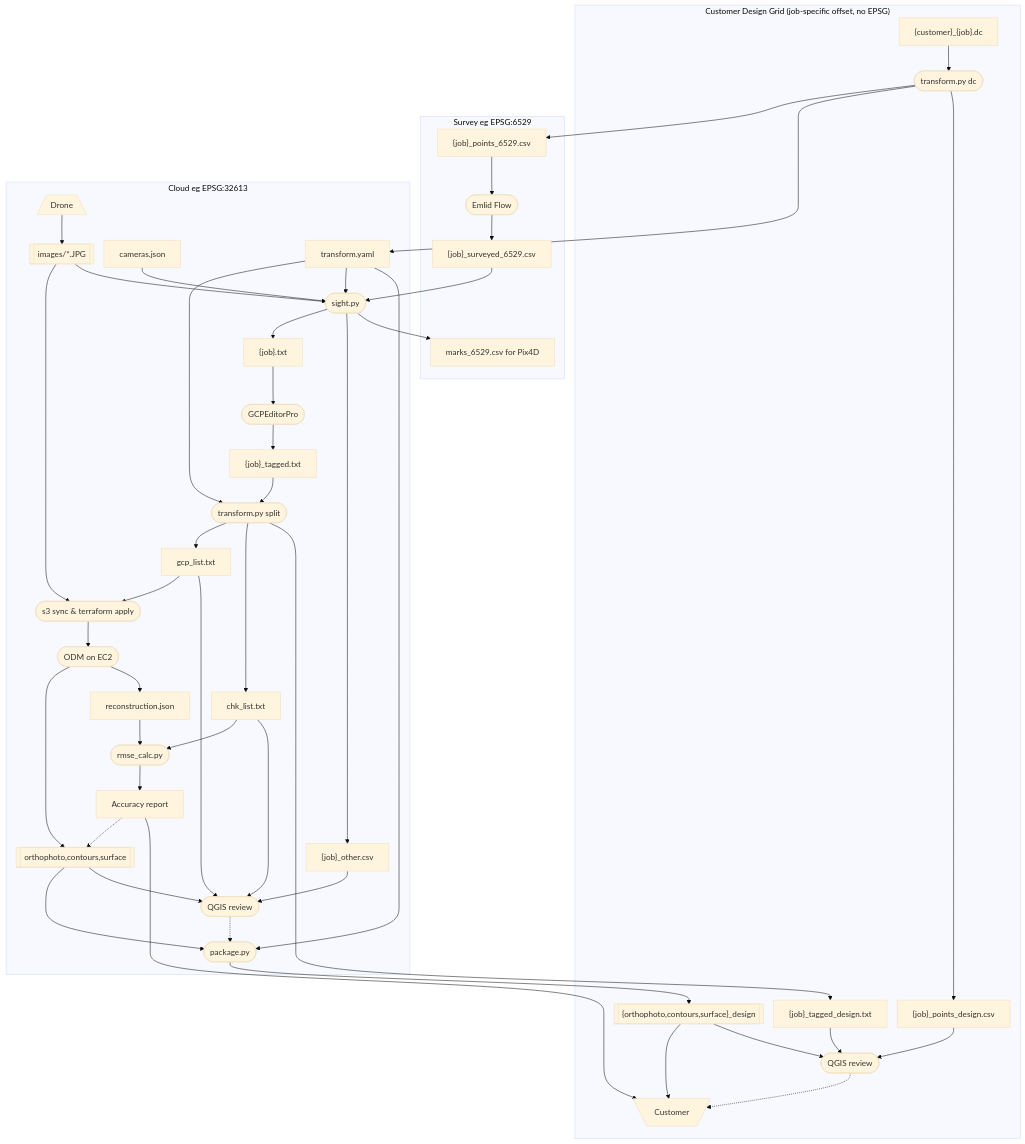
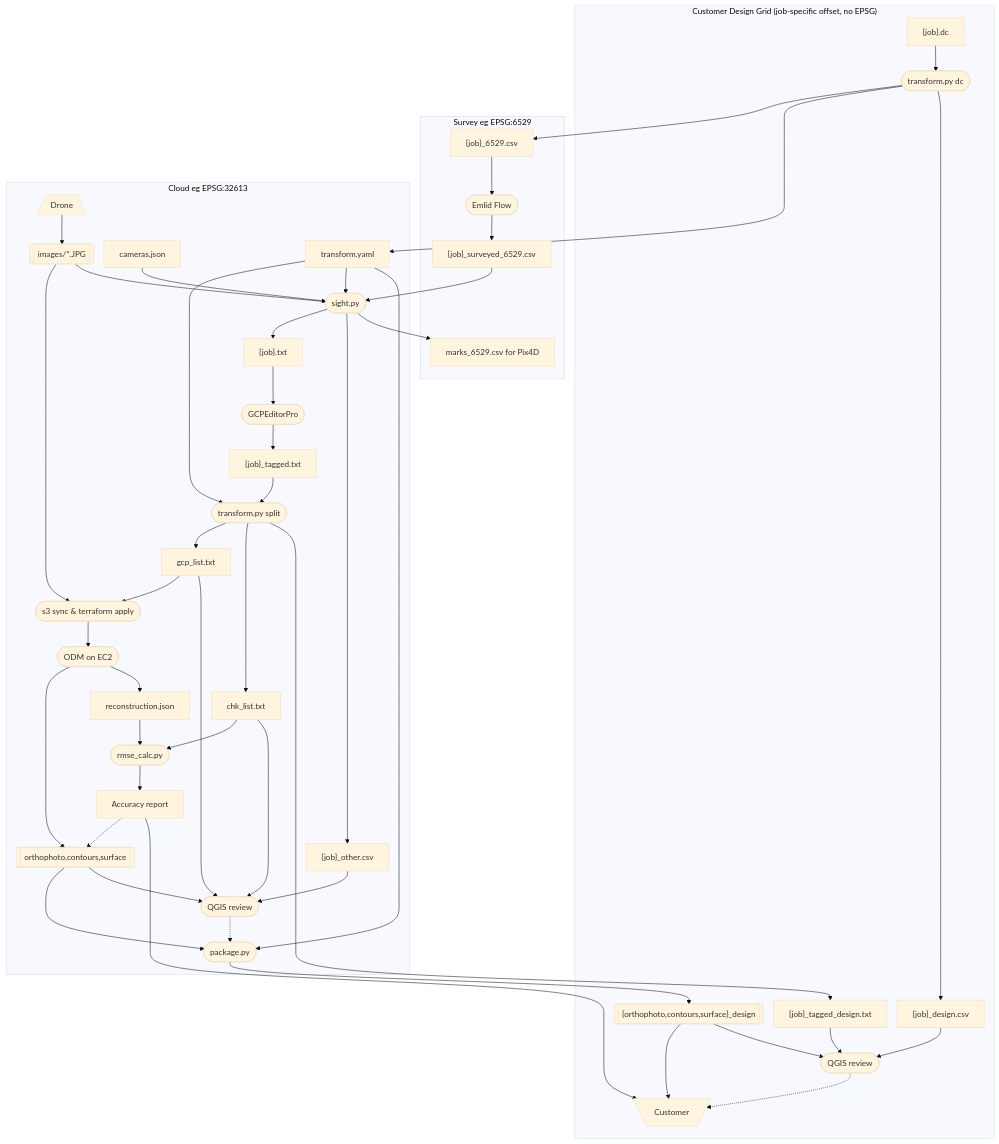
The diagram in docs/odm-workflow.md (jrstear/geo), drawn with Mermaid before and after one commit. The commit also changed other lines of this file and 2 other files, not shown here.

First line of the commit message:
feat(transform): auto-detect design-grid shift via NGS API + --anchor flag

````diff
--- a/docs/odm-workflow.md
+++ b/docs/odm-workflow.md
@@ -9,10 +9,10 @@
 ```mermaid
 %%{init: {'theme': 'base', 'flowchart': {'nodeSpacing': 20}}}%%
 flowchart TD
-    cust_dc["{customer}_{job}.dc"]
+    cust_dc["{job}.dc"]
     extract(["transform.py dc"])
-    points_6529["{job}_points_6529.csv"]
-    points_design["{job}_points_design.csv"]
+    points_6529["{job}_6529.csv"]
+    points_design["{job}_design.csv"]
     transform_yaml["transform.yaml"]
     emlid(["Emlid Flow"])
     all["{job}_surveyed_6529.csv"]
````
